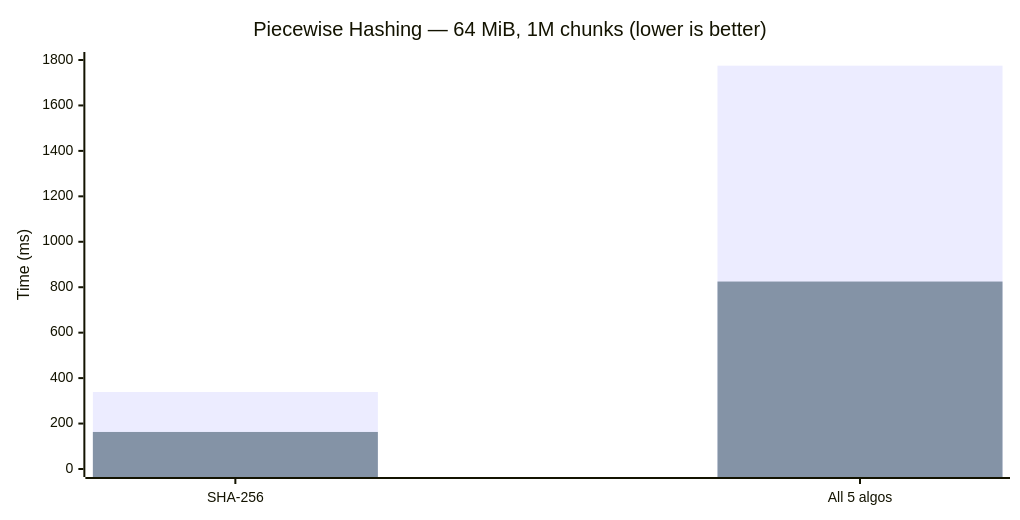
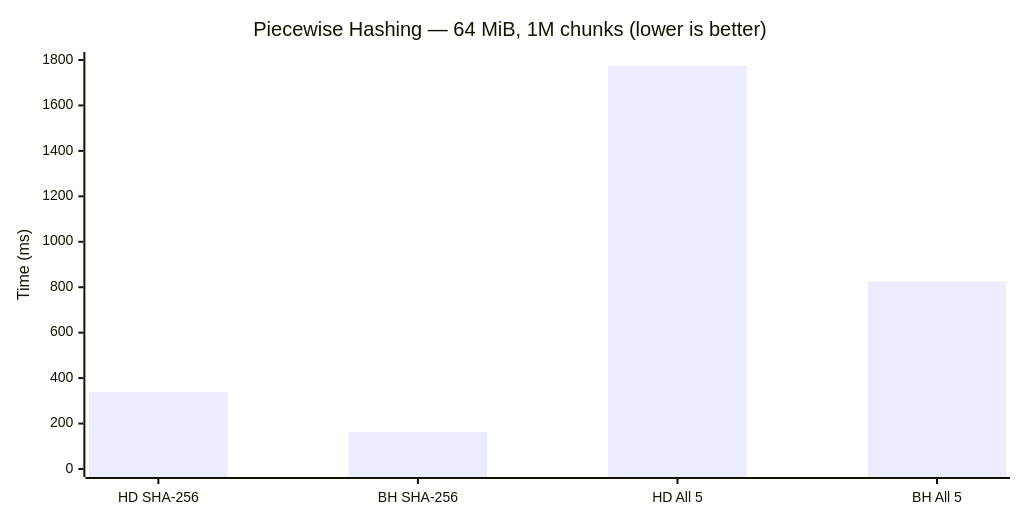
The fourth of 5 diagrams in docs/benchmarks.md (SecurityRonin/blazehash), drawn with Mermaid before and after one commit. The commit also changed other lines of this file, not shown here.

First line of the commit message:
docs: use interleaved side-by-side bars for all benchmark charts

````diff
--- a/docs/benchmarks.md
+++ b/docs/benchmarks.md
@@ -128,13 +125,12 @@
 ```mermaid
 ---
 config:
     xyChart:
         width: 1000
 ---
 xychart-beta
     title "Piecewise Hashing — 64 MiB, 1M chunks (lower is better)"
-    x-axis ["SHA-256", "All 5 algos"]
+    x-axis ["HD SHA-256", "BH SHA-256", "HD All 5", "BH All 5"]
     y-axis "Time (ms)" 0 --> 1800
-    bar "hashdeep" [339, 1775]
-    bar "blazehash" [163, 825]
+    bar [339, 163, 1775, 825]
 ```
````
